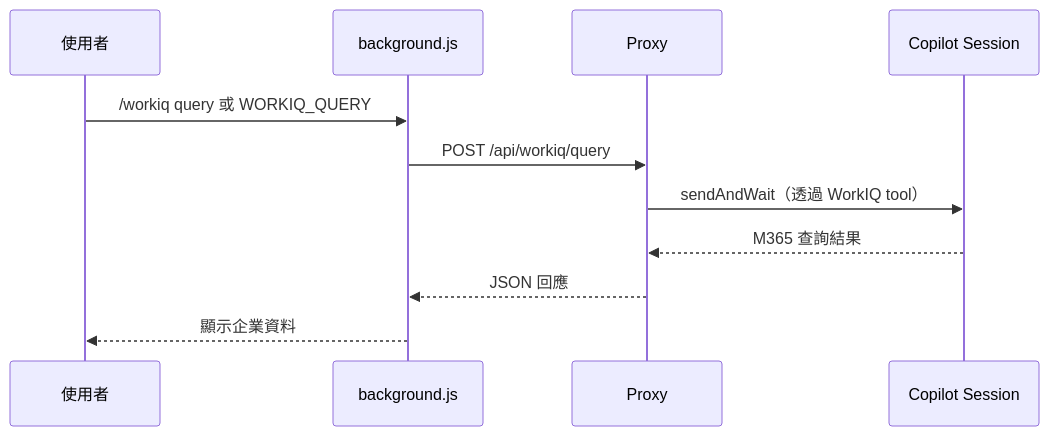
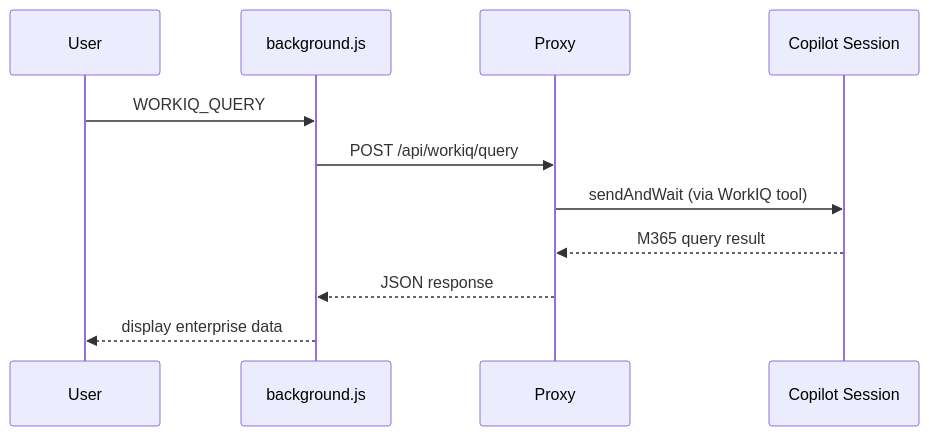
Before and after one commit to payton-chou-ms/browser-ext-for-iq-agent: the seventh of 9 diagrams in docs/architecture.md, drawn with Mermaid. The commit also changed other lines of this file and 80 other files, not shown here.

````diff
--- a/docs/architecture.md
+++ b/docs/architecture.md
@@ -275,14 +277,14 @@
 ```mermaid
 sequenceDiagram
-  participant U as 使用者
+  participant User
   participant BG as background.js
   participant PX as Proxy
   participant SDK as Copilot Session
 
-  U->>BG: /workiq query 或 WORKIQ_QUERY
-  BG->>PX: POST /api/workiq/query
-  PX->>SDK: sendAndWait（透過 WorkIQ tool）
-  SDK-->>PX: M365 查詢結果
-  PX-->>BG: JSON 回應
-  BG-->>U: 顯示企業資料
+  User ->> BG: WORKIQ_QUERY
+  BG ->> PX: POST /api/workiq/query
+  PX ->> SDK: sendAndWait (via WorkIQ tool)
+  SDK -->> PX: M365 query result
+  PX -->> BG: JSON response
+  BG -->> User: display enterprise data
 ```
````
